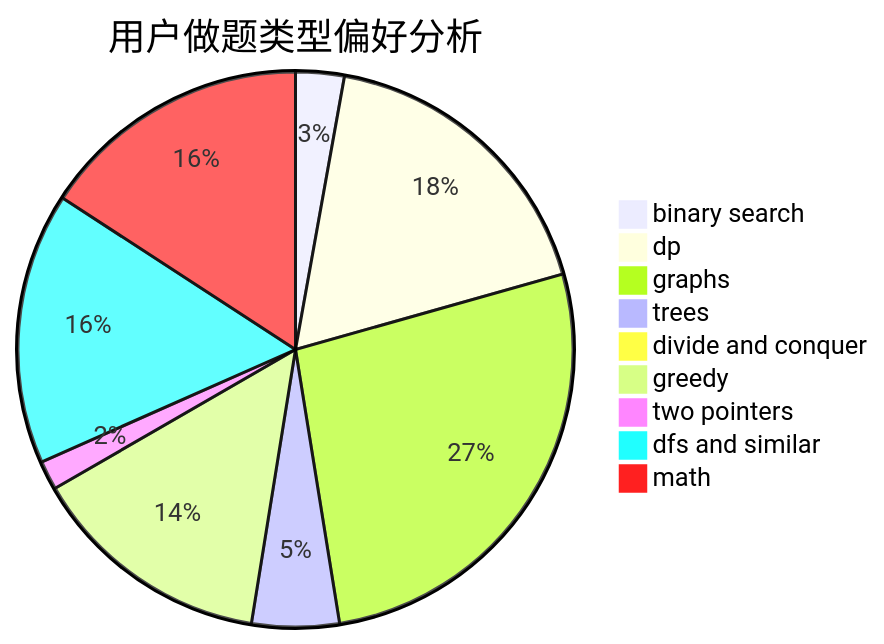
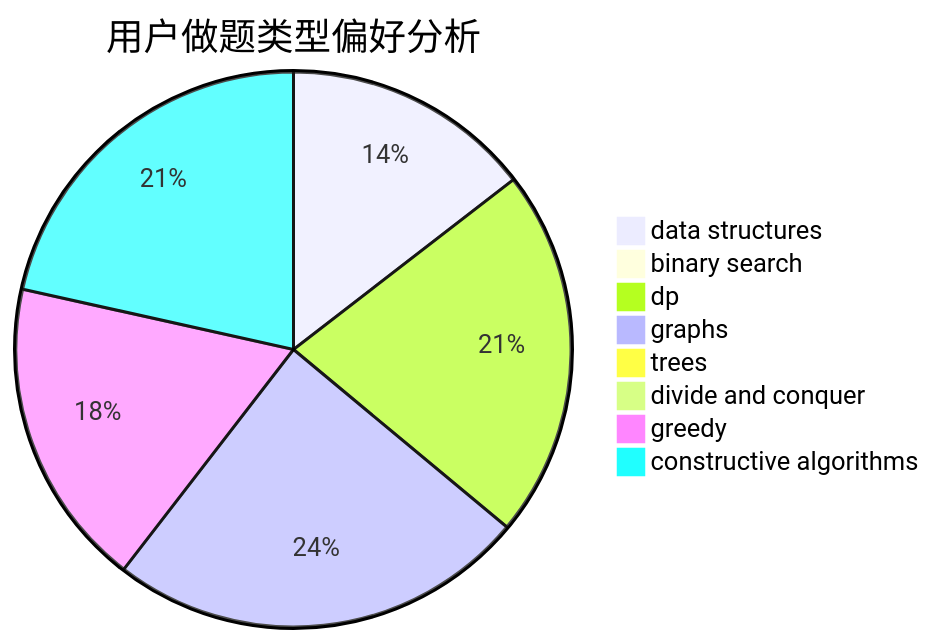
The second of 3 diagrams in docs/user/u689.md (sherpahu/cfrs.github.io), drawn with Mermaid before and after one commit. The commit also changed other lines of this file and 2775 other files, not shown here.

````diff
--- a/docs/user/u689.md
+++ b/docs/user/u689.md
@@ -23,12 +23,11 @@
 ```mermaid
 pie title 用户做题类型偏好分析
-    "binary search" :  10
-    "dp" :  63
-    "graphs" :  95
-    "trees" :  18
+    "data structures" :  25
+    "binary search" :  1
+    "dp" :  37
+    "graphs" :  42
+    "trees" :  0
     "divide and conquer" :  0
-    "greedy" :  50
-    "two pointers" :  6
-    "dfs and similar" :  56
-    "math" :  56
+    "greedy" :  31
+    "constructive algorithms" :  37
 ```
````
